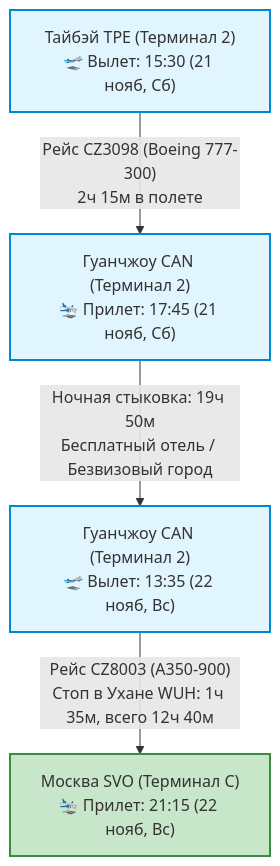
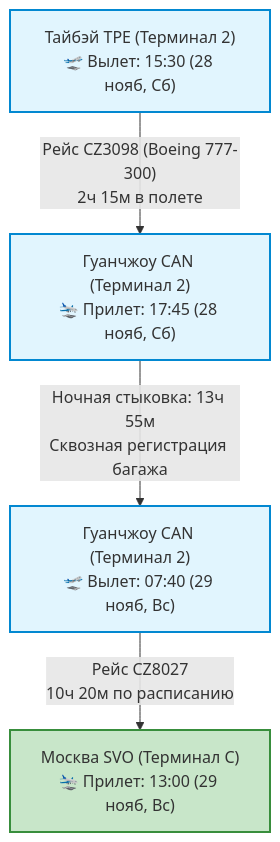
One commit to injurka/obsidian-mark changed the second of 2 diagrams in Personal Note/Travel/-- Taiwan/03 - Бронирования/Авиаперелеты.md. Above: the diagram before and after it, drawn with Mermaid. The commit also changed other lines of this file and 156 other files, not shown here.

````diff
--- a/Personal Note/Travel/-- Taiwan/03 - Бронирования/Авиаперелеты.md
+++ b/Personal Note/Travel/-- Taiwan/03 - Бронирования/Авиаперелеты.md
@@ -47,11 +47,11 @@
 ```mermaid
 graph TD
-    TPE["Тайбэй TPE (Терминал 2)<br>🛫 Вылет: 15:30 (21 нояб, Сб)"] -->|"Рейс CZ3098 (Boeing 777-300)<br>2ч 15м в полете"| CAN_ARR["Гуанчжоу CAN (Терминал 2)<br>🛬 Прилет: 17:45 (21 нояб, Сб)"]
-    CAN_ARR -->|"Ночная стыковка: 19ч 50м<br>Бесплатный отель / Безвизовый город"| CAN_DEP["Гуанчжоу CAN (Терминал 2)<br>🛫 Вылет: 13:35 (22 нояб, Вс)"]
-    CAN_DEP -->|"Рейс CZ8003 (A350-900)<br>Стоп в Ухане WUH: 1ч 35м, всего 12ч 40м"| SVO["Москва SVO (Терминал C)<br>🛬 Прилет: 21:15 (22 нояб, Вс)"]
+    TPE["Тайбэй TPE (Терминал 2)<br>🛫 Вылет: 15:30 (28 нояб, Сб)"] -->|"Рейс CZ3098 (Boeing 777-300)<br>2ч 15м в полете"| CAN_ARR["Гуанчжоу CAN (Терминал 2)<br>🛬 Прилет: 17:45 (28 нояб, Сб)"]
+    CAN_ARR -->|"Ночная стыковка: 13ч 55м<br>Сквозная регистрация багажа"| CAN_DEP["Гуанчжоу CAN (Терминал 2)<br>🛫 Вылет: 07:40 (29 нояб, Вс)"]
+    CAN_DEP -->|"Рейс CZ8027<br>10ч 20м по расписанию"| SVO["Москва SVO (Терминал C)<br>🛬 Прилет: 13:00 (29 нояб, Вс)"]
 
     classDef flight fill:#e1f5fe,stroke:#0288d1,stroke-width:2px;
     classDef tpe fill:#c8e6c9,stroke:#388e3c,stroke-width:2px;
     class TPE,CAN_ARR,CAN_DEP flight;
     class SVO tpe;
 ```
````
